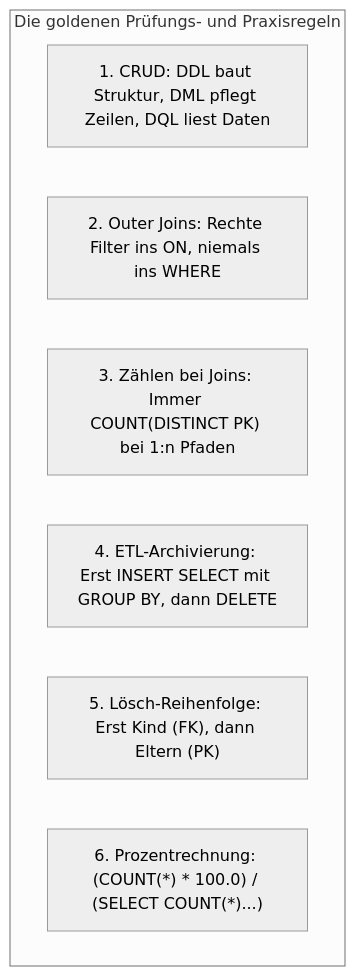
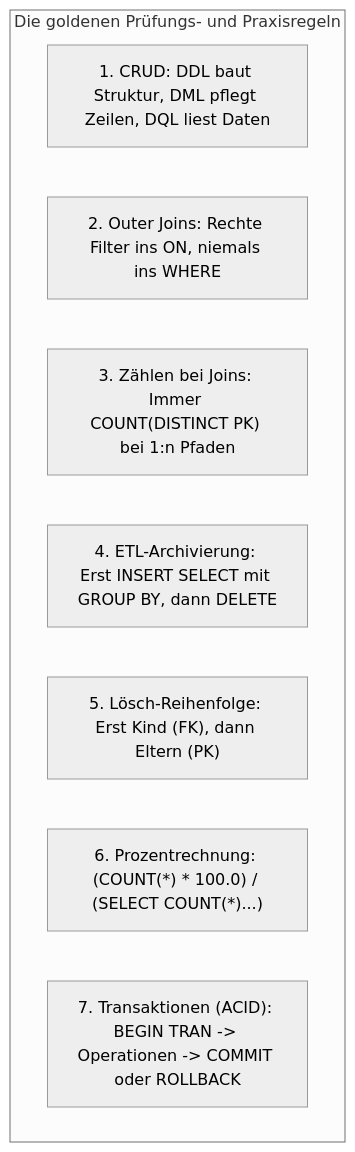
One commit to T-Boyke/SQL-Fundamentals changed the ninth of 9 diagrams in Day_18/readme.md. Above: the diagram before and after it, drawn with Mermaid (neutral theme). The commit also changed other lines of this file and 11 other files, not shown here.

````diff
--- a/Day_18/readme.md
+++ b/Day_18/readme.md
@@ -651,11 +798,12 @@
 ```mermaid
 flowchart TD
     subgraph GoldenRules["Die goldenen Prüfungs- und Praxisregeln"]
         R1["1. CRUD: DDL baut Struktur, DML pflegt Zeilen, DQL liest Daten"]
         R2["2. Outer Joins: Rechte Filter ins ON, niemals ins WHERE"]
         R3["3. Zählen bei Joins: Immer COUNT(DISTINCT PK) bei 1:n Pfaden"]
         R4["4. ETL-Archivierung: Erst INSERT SELECT mit GROUP BY, dann DELETE"]
         R5["5. Lösch-Reihenfolge: Erst Kind (FK), dann Eltern (PK)"]
         R6["6. Prozentrechnung: (COUNT(*) * 100.0) / (SELECT COUNT(*)...)"]
+        R7["7. Transaktionen (ACID): BEGIN TRAN -> Operationen -> COMMIT oder ROLLBACK"]
     end
 ```
````
